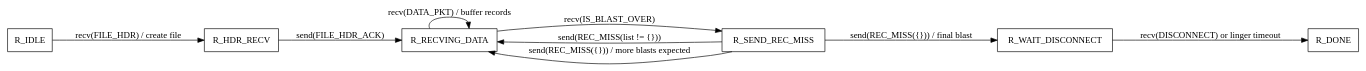
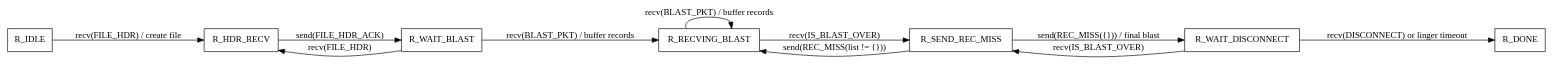
Before and after one commit to Vaibhav-Sonkusare/MTech_Labs: the diagram in Networks/fft/client.dot, drawn with Graphviz. The commit also changed 4 other files, not shown here.

```diff
--- a/Networks/fft/client.dot
+++ b/Networks/fft/client.dot
@@ -1,13 +1,17 @@
 digraph ReceiverFSM {
   rankdir=LR;
   node [shape=box];
 
   R_IDLE -> R_HDR_RECV [label="recv(FILE_HDR) / create file"];
-  R_HDR_RECV -> R_RECVING_DATA [label="send(FILE_HDR_ACK)"];
-  R_RECVING_DATA -> R_RECVING_DATA [label="recv(DATA_PKT) / buffer records"];
-  R_RECVING_DATA -> R_SEND_REC_MISS [label="recv(IS_BLAST_OVER)"];
-  R_SEND_REC_MISS -> R_RECVING_DATA [label="send(REC_MISS(list != {}))"];
-  R_SEND_REC_MISS -> R_RECVING_DATA [label="send(REC_MISS({})) / more blasts expected"];
+
+  R_HDR_RECV -> R_WAIT_BLAST [label="send(FILE_HDR_ACK)"];
+  R_WAIT_BLAST -> R_HDR_RECV [label="recv(FILE_HDR)"];
+  R_WAIT_BLAST -> R_RECVING_BLAST [label="recv(BLAST_PKT) / buffer records"];
+
+  R_RECVING_BLAST -> R_RECVING_BLAST [label="recv(BLAST_PKT) / buffer records"];
+  R_RECVING_BLAST -> R_SEND_REC_MISS [label="recv(IS_BLAST_OVER)"];
+  R_SEND_REC_MISS -> R_RECVING_BLAST [label="send(REC_MISS(list != {}))"];
   R_SEND_REC_MISS -> R_WAIT_DISCONNECT [label="send(REC_MISS({})) / final blast"];
+  R_WAIT_DISCONNECT -> R_SEND_REC_MISS [label="recv(IS_BLAST_OVER)"];
   R_WAIT_DISCONNECT -> R_DONE [label="recv(DISCONNECT) or linger timeout"];
 }
```
